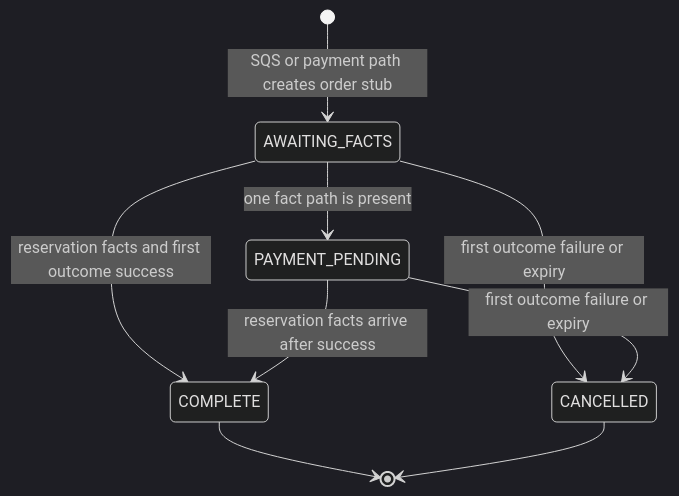
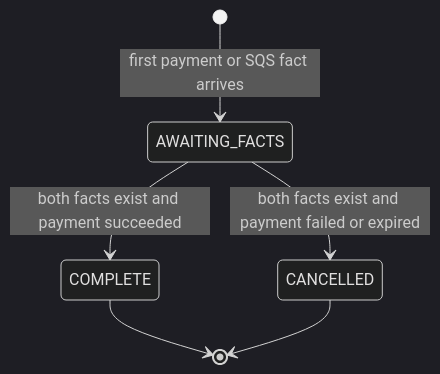
One commit to rantingmong/bookipi-test changed the diagram in docs/orders.md. Above: the diagram before and after it, drawn with Mermaid (dark theme). The commit also changed other lines of this file and 14 other files, not shown here.

Commit message:
docs(system-design/facets): refine flash-sale flow and reliability

````diff
--- a/docs/orders.md
+++ b/docs/orders.md
@@ -9,11 +9,8 @@
 ```mermaid
 stateDiagram-v2
-    [*] --> AWAITING_FACTS: SQS or payment path creates order stub
-    AWAITING_FACTS --> PAYMENT_PENDING: one fact path is present
-    AWAITING_FACTS --> COMPLETE: reservation facts and first outcome success
-    AWAITING_FACTS --> CANCELLED: first outcome failure or expiry
-    PAYMENT_PENDING --> COMPLETE: reservation facts arrive after success
-    PAYMENT_PENDING --> CANCELLED: first outcome failure or expiry
+    [*] --> AWAITING_FACTS: first payment or SQS fact arrives
+    AWAITING_FACTS --> COMPLETE: both facts exist and payment succeeded
+    AWAITING_FACTS --> CANCELLED: both facts exist and payment failed or expired
     COMPLETE --> [*]
     CANCELLED --> [*]
 ```
````
